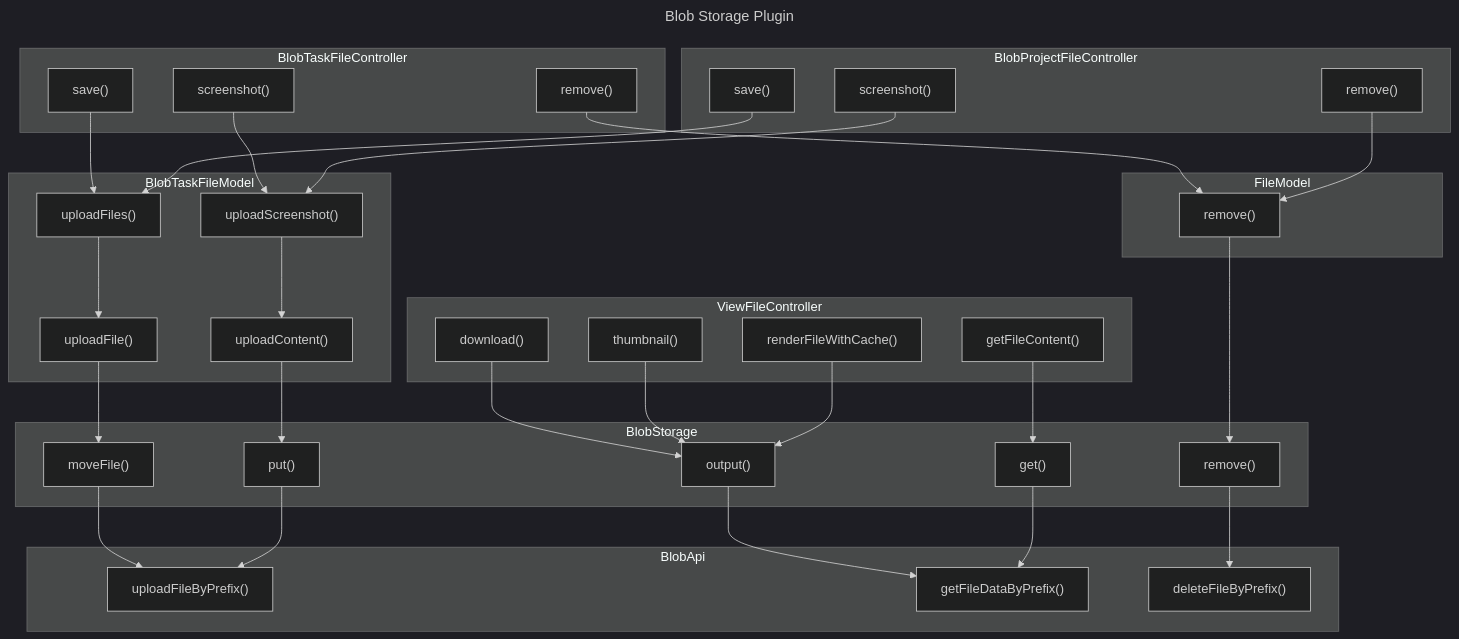
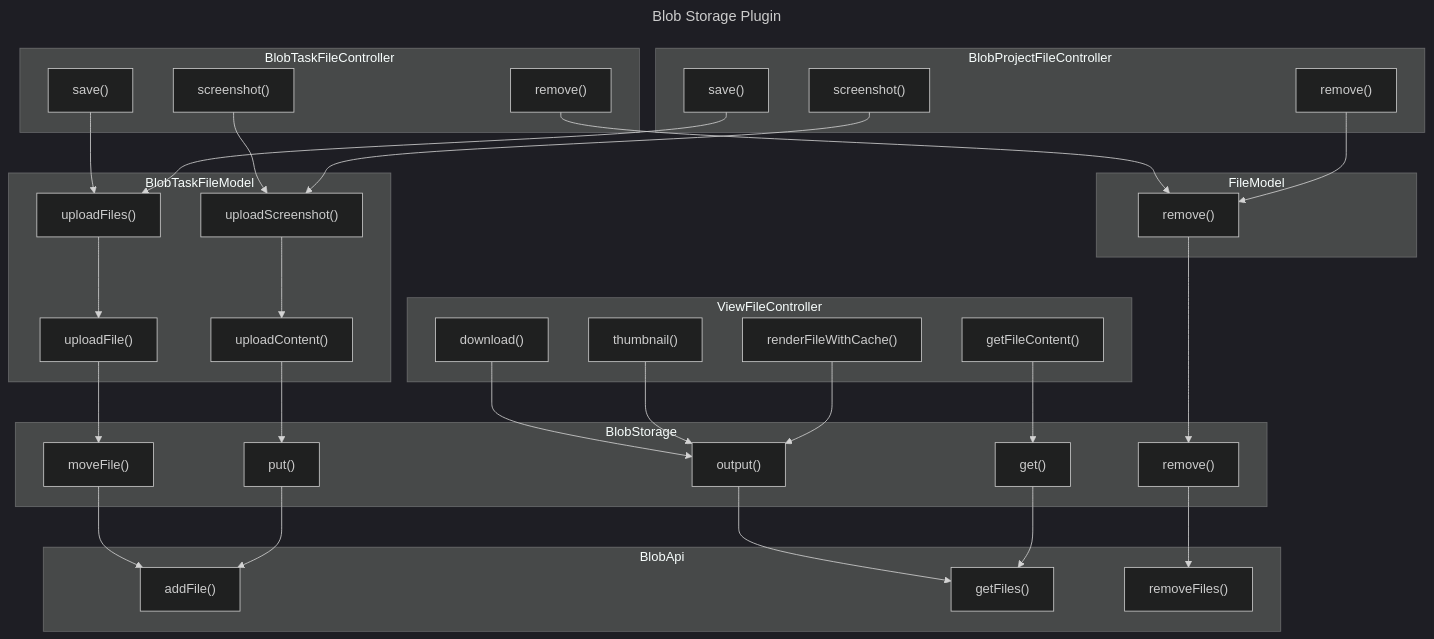
One commit to digital-blueprint/plan-blob-storage-plugin changed the diagram in README.md. Above: the diagram before and after it, drawn with Mermaid (dark theme). The commit also changed 4 other files, not shown here.

````diff
--- a/README.md
+++ b/README.md
@@ -49,43 +49,43 @@
 ```mermaid
 ---
 title: Blob Storage Plugin
 ---
 graph TB
     subgraph BlobApi
-        uploadFileByPrefix["uploadFileByPrefix()"]
-        getFileDataByPrefix["getFileDataByPrefix()"]
-        deleteFileByPrefix["deleteFileByPrefix()"]
+        addFile["addFile()"]
+        getFiles["getFiles()"]
+        removeFiles["removeFiles()"]
     end
     subgraph BlobStorage
-        moveFile["moveFile()"] --> uploadFileByPrefix
-        put["put()"] --> uploadFileByPrefix
-        output["output()"] --> getFileDataByPrefix
-        get["get()"] --> getFileDataByPrefix
-        remove["remove()"] --> deleteFileByPrefix
+        moveFile["moveFile()"] --> addFile
+        put["put()"] --> addFile
+        output["output()"] --> getFiles
+        get["get()"] --> getFiles
+        remove["remove()"] --> removeFiles
     end
     subgraph BlobTaskFileModel
         uploadFiles["uploadFiles()"] --> uploadFile
         uploadFile["uploadFile()"] --> moveFile
         uploadScreenshot["uploadScreenshot()"] --> uploadContent
         uploadContent["uploadContent()"] --> put
     end
     subgraph FileModel
         Fremove["remove()"] --> remove
     end
     subgraph ViewFileController
         download["download()"] --> output
         thumbnail["thumbnail()"] --> output
         renderFileWithCache["renderFileWithCache()"] --> output
         getFileContent["getFileContent()"] --> get
     end
     subgraph BlobTaskFileController
         Tsave["save()"] --> uploadFiles
         Tscreenshot["screenshot()"] --> uploadScreenshot
         Tremove["remove()"] --> Fremove
     end
     subgraph BlobProjectFileController
         Psave["save()"] --> uploadFiles
         Pscreenshot["screenshot()"] --> uploadScreenshot
         Premove["remove()"] --> Fremove
     end
 ```
````
